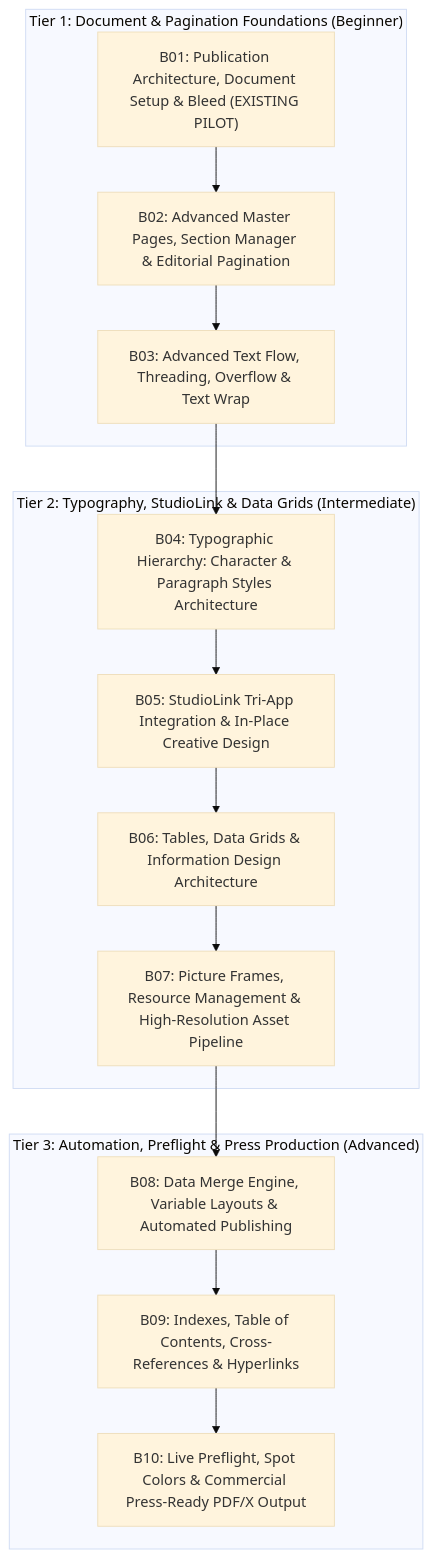
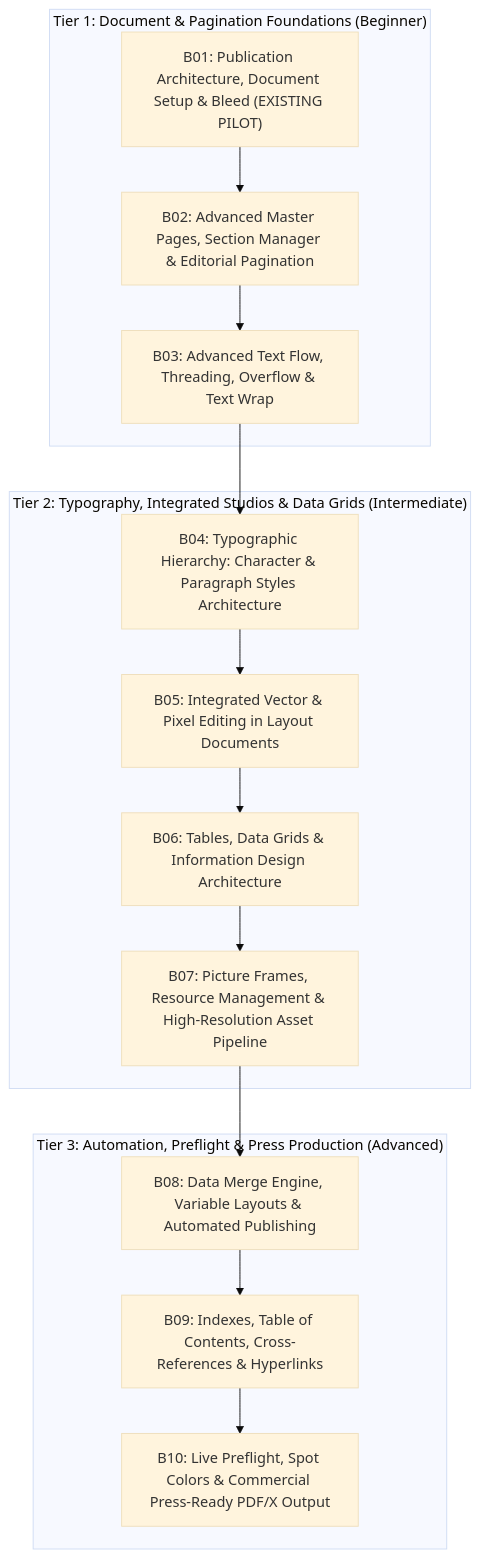
Before and after one commit to phuongit123/t-i-b-ngu-v-th-ch-n-c-t: the diagram in project-control/PHASE_5_TRACK_3_PROPOSAL.md, drawn with Mermaid (base theme). The commit also changed other lines of this file, not shown here.

Commit message:
docs: align B05 with current Affinity studios

````diff
--- a/project-control/PHASE_5_TRACK_3_PROPOSAL.md
+++ b/project-control/PHASE_5_TRACK_3_PROPOSAL.md
@@ -32,25 +32,25 @@
 ```mermaid
 flowchart TD
     subgraph Tier1 ["Tier 1: Document & Pagination Foundations (Beginner)"]
         B01["B01: Publication Architecture, Document Setup & Bleed (EXISTING PILOT)"]
         B02["B02: Advanced Master Pages, Section Manager & Editorial Pagination"]
         B03["B03: Advanced Text Flow, Threading, Overflow & Text Wrap"]
     end
 
-    subgraph Tier2 ["Tier 2: Typography, StudioLink & Data Grids (Intermediate)"]
+    subgraph Tier2 ["Tier 2: Typography, Integrated Studios & Data Grids (Intermediate)"]
         B04["B04: Typographic Hierarchy: Character & Paragraph Styles Architecture"]
-        B05["B05: StudioLink Tri-App Integration & In-Place Creative Design"]
+        B05["B05: Integrated Vector & Pixel Editing in Layout Documents"]
         B06["B06: Tables, Data Grids & Information Design Architecture"]
         B07["B07: Picture Frames, Resource Management & High-Resolution Asset Pipeline"]
     end
 
     subgraph Tier3 ["Tier 3: Automation, Preflight & Press Production (Advanced)"]
         B08["B08: Data Merge Engine, Variable Layouts & Automated Publishing"]
         B09["B09: Indexes, Table of Contents, Cross-References & Hyperlinks"]
         B10["B10: Live Preflight, Spot Colors & Commercial Press-Ready PDF/X Output"]
     end
 
     B01 --> B02 --> B03
     B03 --> B04 --> B05 --> B06 --> B07
     B07 --> B08 --> B09 --> B10
 ```
````
